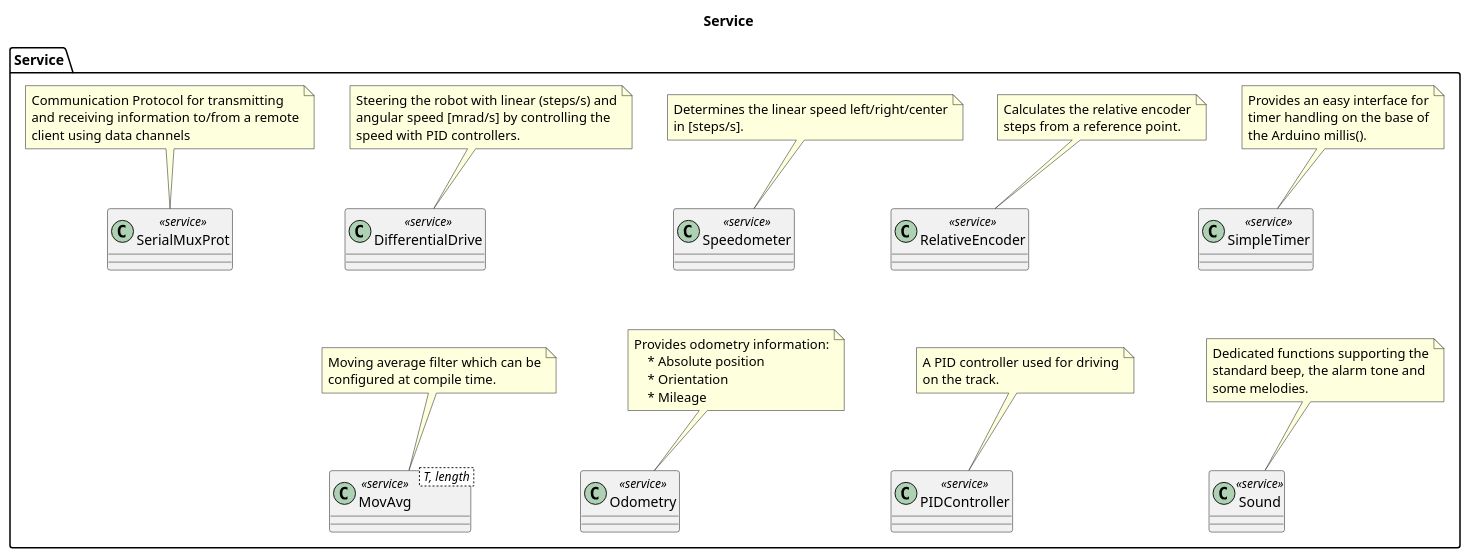
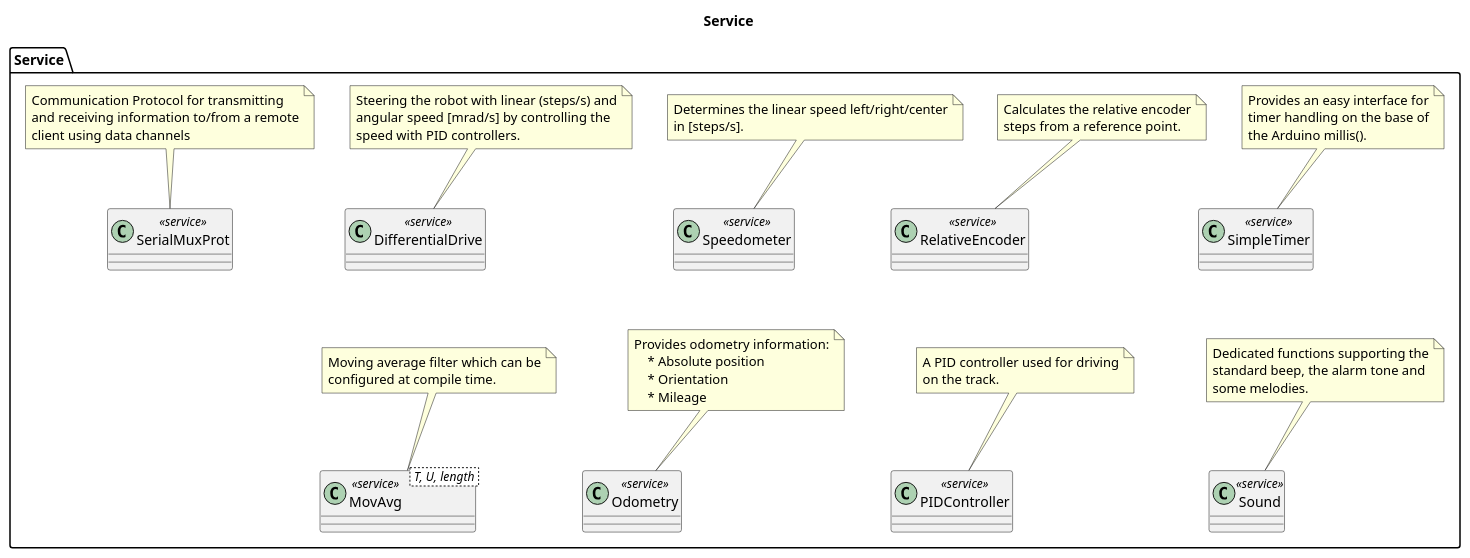
The diagram in doc/architecture/uml/LogicalView/Service.plantuml (BlueAndi/RadonUlzer), drawn with PlantUML before and after one commit. The commit also changed 5 other files, not shown here.

```diff
--- a/doc/architecture/uml/LogicalView/Service.plantuml
+++ b/doc/architecture/uml/LogicalView/Service.plantuml
@@ -1,82 +1,82 @@
 @startuml
 
 title Service
 
 package "Service" as serviceLayer {
 
     class Sound <<service>>
 
     note top of Sound
         Dedicated functions supporting the
         standard beep, the alarm tone and
         some melodies.
     end note
 
     class SimpleTimer <<service>>
 
     note top of SimpleTimer
         Provides an easy interface for
         timer handling on the base of
         the Arduino millis().
     end note
 
     class Odometry <<service>>
 
     note top of Odometry
         Provides odometry information:
             * Absolute position
             * Orientation
             * Mileage
     end note
 
     class PIDController <<service>>
 
     note top of PIDController
         A PID controller used for driving
         on the track.
     end note
 
-    class MovAvg < T, length > <<service>>
+    class MovAvg < T, U, length > <<service>>
 
     note top of MovAvg
         Moving average filter which can be
         configured at compile time.
     end note
 
     class RelativeEncoder <<service>>
 
     note top of RelativeEncoder
         Calculates the relative encoder
         steps from a reference point.
     end note
 
     class Speedometer <<service>>
 
     note top of Speedometer
         Determines the linear speed left/right/center
         in [steps/s].
     end note
 
     class DifferentialDrive <<service>>
 
     note top of DifferentialDrive
         Steering the robot with linear (steps/s) and
         angular speed [mrad/s] by controlling the
         speed with PID controllers.
     end note
 
     class SerialMuxProt <<service>>
 
     note top of SerialMuxProt
         Communication Protocol for transmitting 
         and receiving information to/from a remote
         client using data channels
     end note
 
     DifferentialDrive -[hidden]-- MovAvg
     Speedometer -[hidden]-- Odometry
     RelativeEncoder -[hidden]-- PIDController
     SimpleTimer -[hidden]-- Sound
 }
 
 @enduml
```
